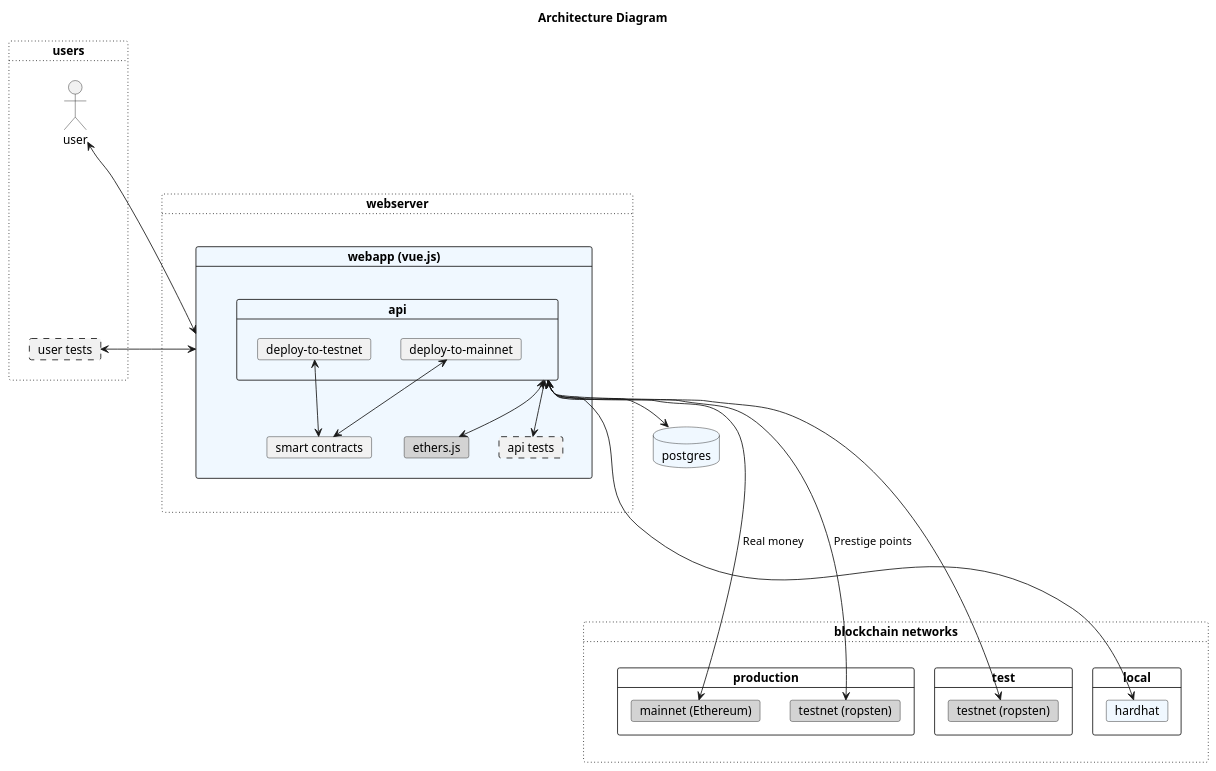
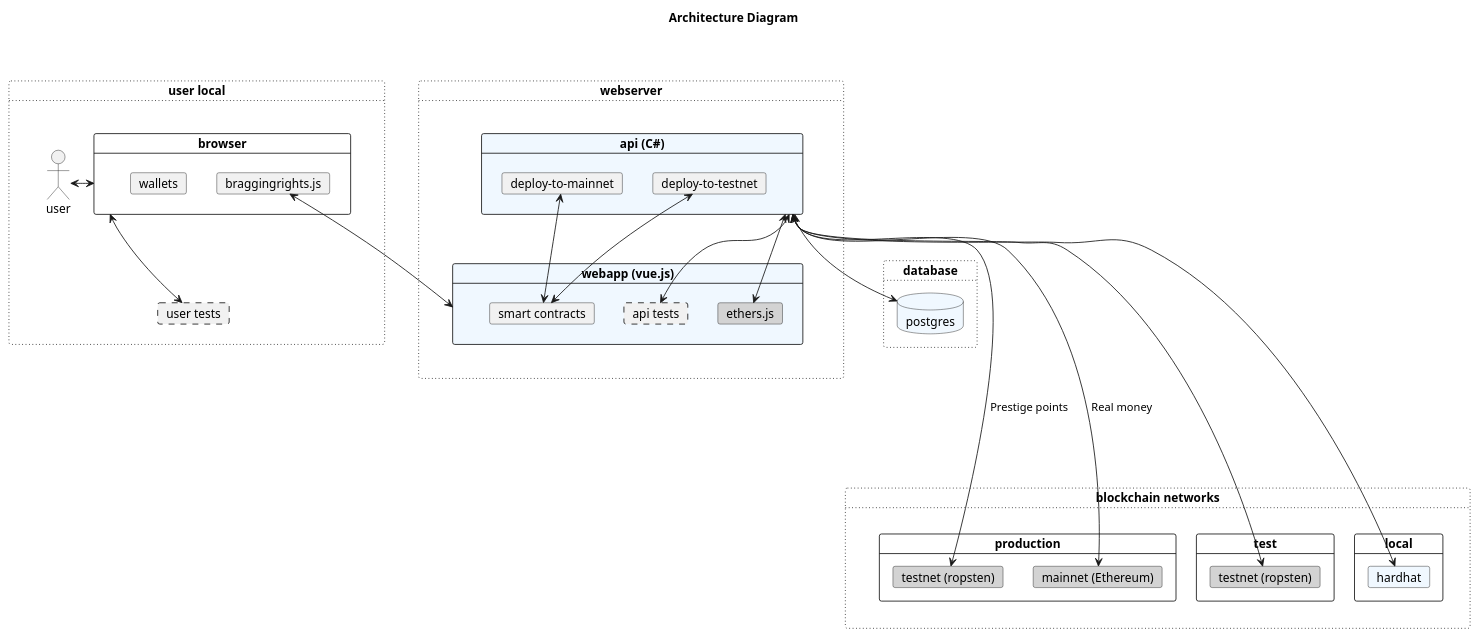
The diagram in docs/Diagrams/src/Architecture/arch.puml (adhurjaty/prediction-app), drawn with PlantUML before and after one commit. The commit also changed 1 other file, not shown here.

Commit message:
Updated architecture

```diff
--- a/docs/Diagrams/src/Architecture/arch.puml
+++ b/docs/Diagrams/src/Architecture/arch.puml
@@ -1,74 +1,82 @@
 @startuml architecture
 
 title Architecture Diagram
 
-card users #line.dotted {
-    actor user
+card "user local" as users #line.dotted {
+    actor "user" as _user
     card "user tests" as usertests #line.dashed
+    card browser {
+        card "braggingrights.js" as user
+        card wallets
+    }
 }
 
 card webserver #line.dotted {
     card "webapp (vue.js)" as webapp #AliceBlue {
-        card api {
-            card "deploy-to-testnet" as deploy_testnet
-            card "deploy-to-mainnet" as deploy_mainnet
-        }
         card "smart contracts" as contracts
         card "ethers.js" as ethers #LightGray
         card "api tests" as apitests #line.dashed
     }
+
+    card "api (C#)" as api #AliceBlue {
+        card "deploy-to-testnet" as deploy_testnet
+        card "deploy-to-mainnet" as deploy_mainnet
+    }
 }
 
-database "postgres" as database #AliceBlue {
-    ' package table_groups
-    ' package table_users
-    ' package table_propositions
+card "database" as _database #line.dotted {
+    database "postgres" as database #AliceBlue {
+        ' package table_groups
+        ' package table_users
+        ' package table_propositions
+    }
 }
 
 card "blockchain networks" as bc #line.dotted {
 
     card "production" {
         card "mainnet (Ethereum)" as mainnet #LightGray
         card "testnet (ropsten)" as ropsten #LightGray
     }
 
     card "test" {
         card "testnet (ropsten)" as testnet #LightGray
     }
 
     card "local" {
         card hardhat #AliceBlue
     }
 
 }
 
 ' Users to Backend arrows
+_user <-right--> browser
 user <-right--> webapp
-usertests <-right--> webapp
+usertests <-right--> browser
 
 ' Backend to Network arrows
 api <----> mainnet : "" Real money ""
 api <----> ropsten : "" Prestige points ""
 api <----> testnet 
 api <----> hardhat
 
 api <-down-> database
 api <-down-> ethers
 api <-down-> apitests
 ' api <-> database
 ' api <-> ethers
 ' api <-> apitests
 
 deploy_testnet <-down-> contracts
 deploy_mainnet <-down-> contracts
 
 ' Alignment arrows
 user -[hidden]down- usertests
 ' production -[hidden]up- local
 ' mainnet -[hidden]down- testnet
 
 ' Alignment arrows
 users -[hidden]right- webserver
 webserver -[hidden]right- bc
 
 @enduml
```
